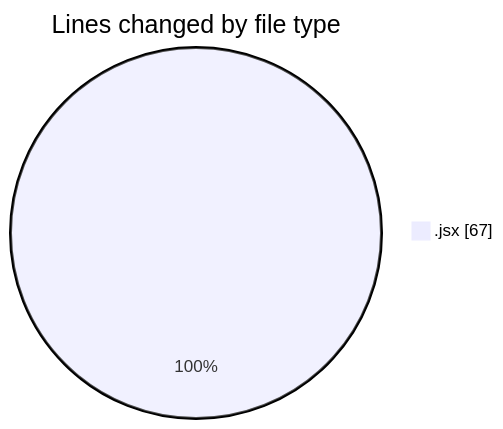
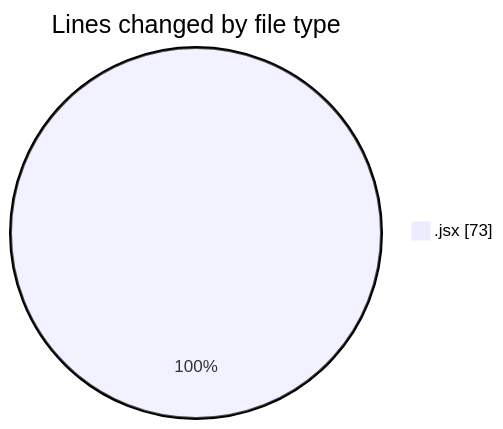
One commit to nxtqubesakshisongat/code-tracking changed the first of 2 diagrams in 2025-06-17/nxtqube_webapp/README.md. Above: the diagram before and after it, drawn with Mermaid. The commit also changed other lines of this file and 1 other file, not shown here.

````diff
--- a/2025-06-17/nxtqube_webapp/README.md
+++ b/2025-06-17/nxtqube_webapp/README.md
@@ -20,5 +20,5 @@
 ```mermaid
 pie showData
 title Lines changed by file type
-".jsx" : 67
+".jsx" : 73
 ```
````
